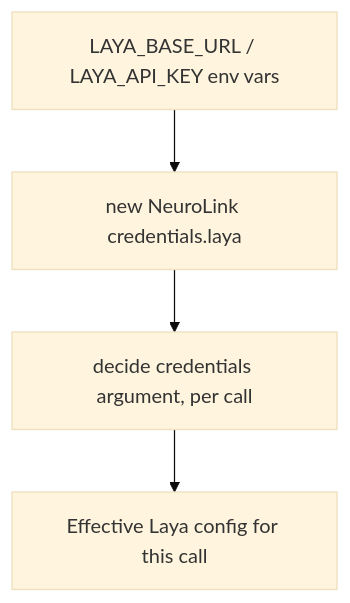
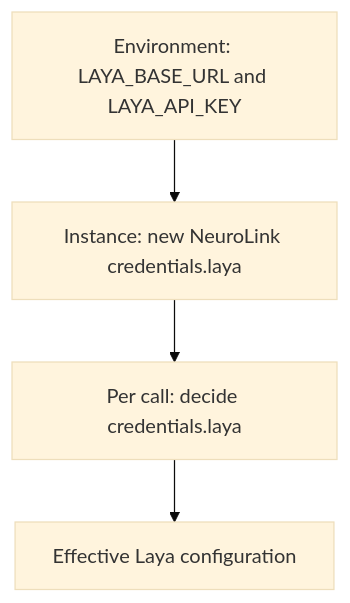
One commit to juspay/neurolink-blog changed the diagram in _posts/2026-09-26-two-decision-providers-one-decide-what-laya-forced-on-neurolink.md. Above: the diagram before and after it, drawn with Mermaid (base theme). The commit also changed other lines of this file and 172 other files, not shown here.

First line of the commit message:
fix(blog): audit every post against NeuroLink v12 and bring it up to date

````diff
--- a/_posts/2026-09-26-two-decision-providers-one-decide-what-laya-forced-on-neurolink.md
+++ b/_posts/2026-09-26-two-decision-providers-one-decide-what-laya-forced-on-neurolink.md
@@ -65,6 +65,6 @@
 ```mermaid
 flowchart TD
-    A["LAYA_BASE_URL / LAYA_API_KEY env vars"] --> B["new NeuroLink credentials.laya"]
-    B --> C["decide credentials argument, per call"]
-    C --> D["Effective Laya config for this call"]
+    A["Environment: LAYA_BASE_URL and LAYA_API_KEY"] --> B["Instance: new NeuroLink credentials.laya"]
+    B --> C["Per call: decide credentials.laya"]
+    C --> D["Effective Laya configuration"]
 ```
````
